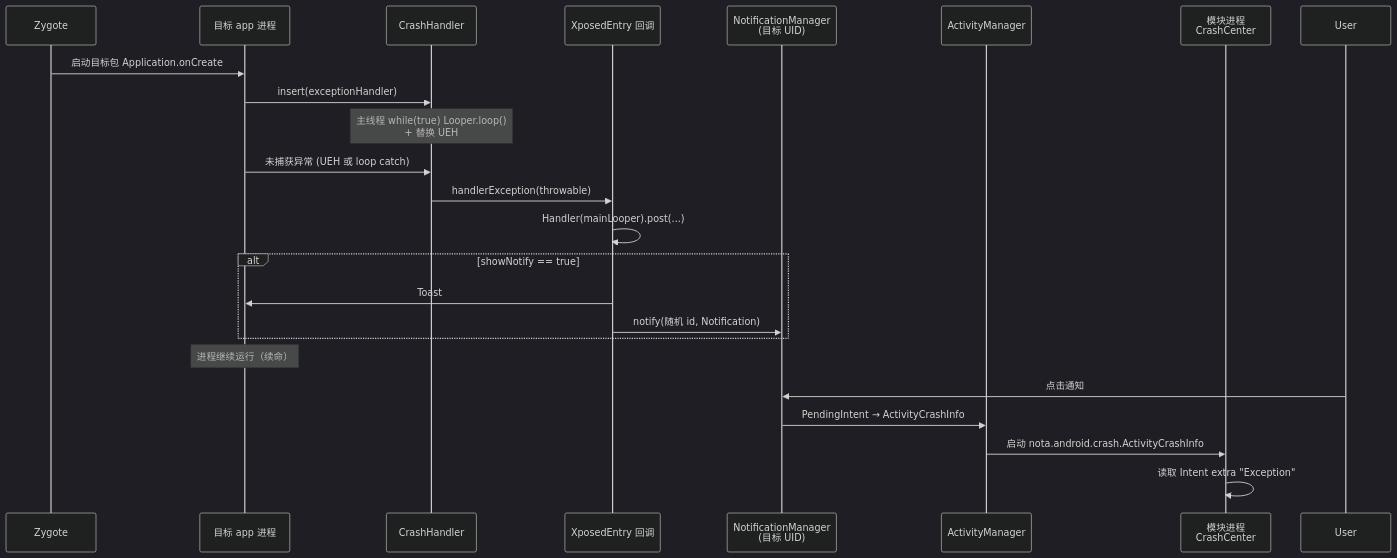
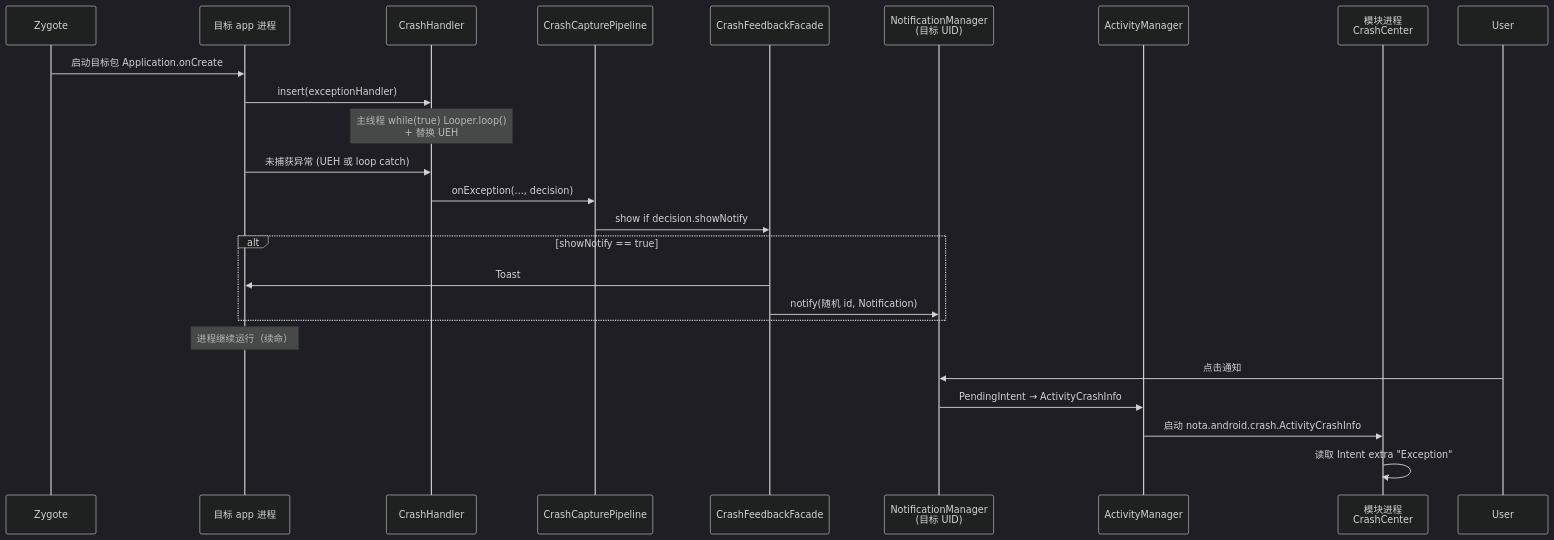
The diagram in docs/architecture/crash-notification.md (TIIEHenry/CrashCenter), drawn with Mermaid (dark theme) before and after one commit. The commit also changed other lines of this file and 59 other files, not shown here.

First line of the commit message:
feat: Phase 4B-α multi-backend crash log, 4C-β detail sheet, capture pipeline

````diff
--- a/docs/architecture/crash-notification.md
+++ b/docs/architecture/crash-notification.md
@@ -27,28 +27,29 @@
 ```mermaid
 sequenceDiagram
     participant Zygote
     participant Target as 目标 app 进程
     participant CH as CrashHandler
-    participant XE as XposedEntry 回调
+    participant Pipe as CrashCapturePipeline
+    participant FB as CrashFeedbackFacade
     participant NM as NotificationManager<br/>(目标 UID)
     participant AMS as ActivityManager
     participant Module as 模块进程<br/>CrashCenter
 
     Zygote->>Target: 启动目标包 Application.onCreate
     Target->>CH: insert(exceptionHandler)
     Note over CH: 主线程 while(true) Looper.loop()<br/>+ 替换 UEH
 
     Target->>CH: 未捕获异常 (UEH 或 loop catch)
-    CH->>XE: handlerException(throwable)
-    XE->>XE: Handler(mainLooper).post(...)
+    CH->>Pipe: onException(..., decision)
+    Pipe->>FB: show if decision.showNotify
     alt showNotify == true
-        XE->>Target: Toast
-        XE->>NM: notify(随机 id, Notification)
+        FB->>Target: Toast
+        FB->>NM: notify(随机 id, Notification)
     end
     Note over Target: 进程继续运行（续命）
 
   User->>NM: 点击通知
     NM->>AMS: PendingIntent → ActivityCrashInfo
     AMS->>Module: 启动 nota.android.crash.ActivityCrashInfo
     Module->>Module: 读取 Intent extra "Exception"
 ```
````
